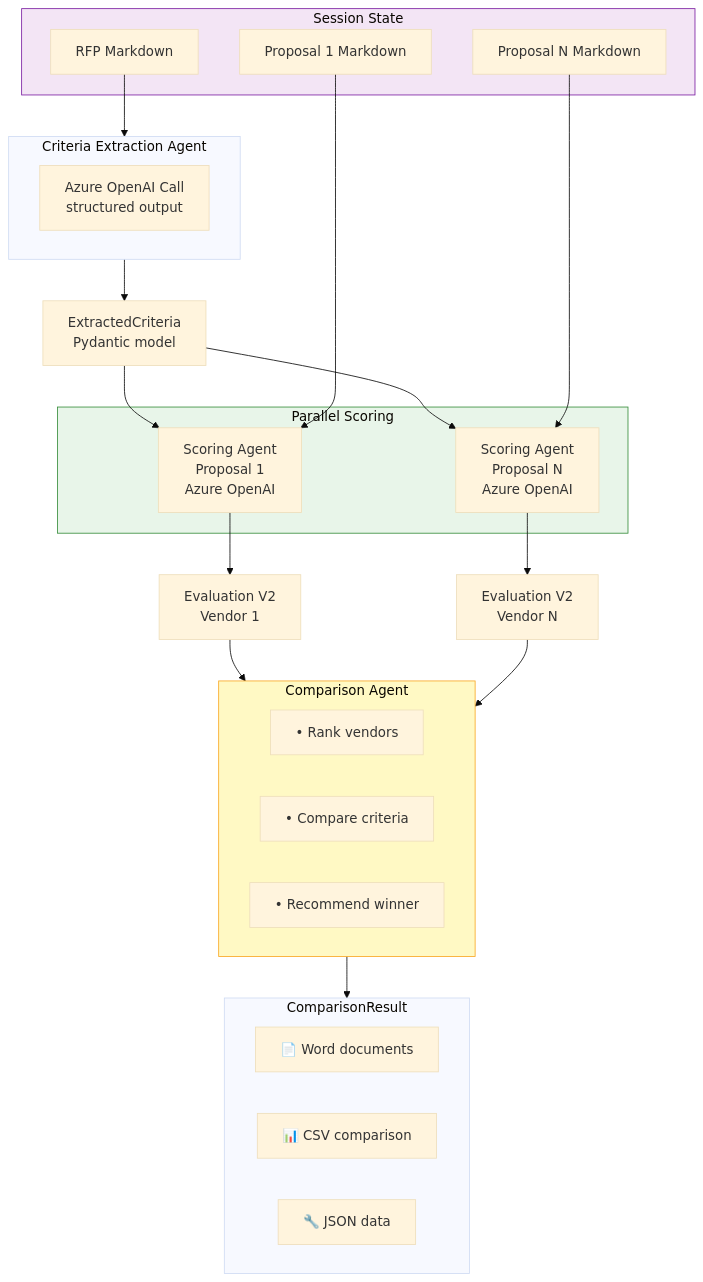
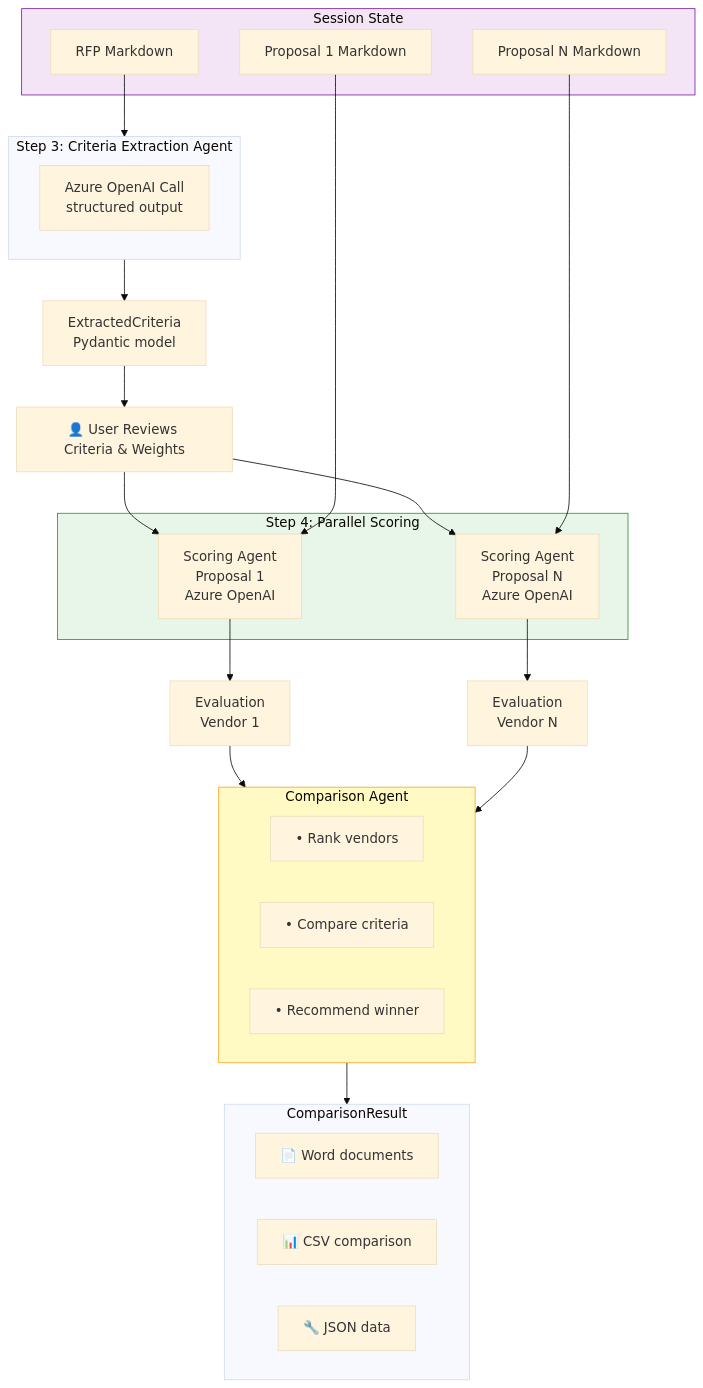
One commit to amgdy/rfp-analyzer changed diagram 12 of 22 in docs/ARCHITECTURE.md. Above: the diagram before and after it, drawn with Mermaid (base theme). The commit also changed other lines of this file and 4 other files, not shown here.

First line of the commit message:
docs: update documentation to reflect scoring agent refactoring

````diff
--- a/docs/ARCHITECTURE.md
+++ b/docs/ARCHITECTURE.md
@@ -466,48 +467,49 @@
 ```mermaid
 flowchart TB
     subgraph Session["Session State"]
         RFP["RFP Markdown"]
         P1["Proposal 1 Markdown"]
         PN["Proposal N Markdown"]
     end
     
     RFP --> CEA
     
-    subgraph CEA["Criteria Extraction Agent"]
+    subgraph CEA["Step 3: Criteria Extraction Agent"]
         CEA1["Azure OpenAI Call<br>structured output"]
     end
     
     CEA --> EC["ExtractedCriteria<br>Pydantic model"]
     
-    EC --> SA1 & SAN
+    EC --> Review["👤 User Reviews Criteria &amp; Weights"]
+    Review --> SA1 & SAN
     P1 --> SA1
     PN --> SAN
     
-    subgraph Scoring["Parallel Scoring"]
+    subgraph Scoring["Step 4: Parallel Scoring"]
         SA1["Scoring Agent<br>Proposal 1<br>Azure OpenAI"]
         SAN["Scoring Agent<br>Proposal N<br>Azure OpenAI"]
     end
     
-    SA1 --> EV1["Evaluation V2<br>Vendor 1"]
-    SAN --> EVN["Evaluation V2<br>Vendor N"]
+    SA1 --> EV1["Evaluation<br>Vendor 1"]
+    SAN --> EVN["Evaluation<br>Vendor N"]
     
     EV1 & EVN --> CA
     
     subgraph CA["Comparison Agent"]
         CA1["• Rank vendors"]
         CA2["• Compare criteria"]
         CA3["• Recommend winner"]
     end
     
     CA --> CR
     
     subgraph CR["ComparisonResult"]
         CR1["📄 Word documents"]
         CR2["📊 CSV comparison"]
         CR3["🔧 JSON data"]
     end
     
     style Session fill:#f3e5f5,stroke:#7b1fa2
     style Scoring fill:#e8f5e9,stroke:#388e3c
     style CA fill:#fff9c4,stroke:#f9a825
 ```
````
